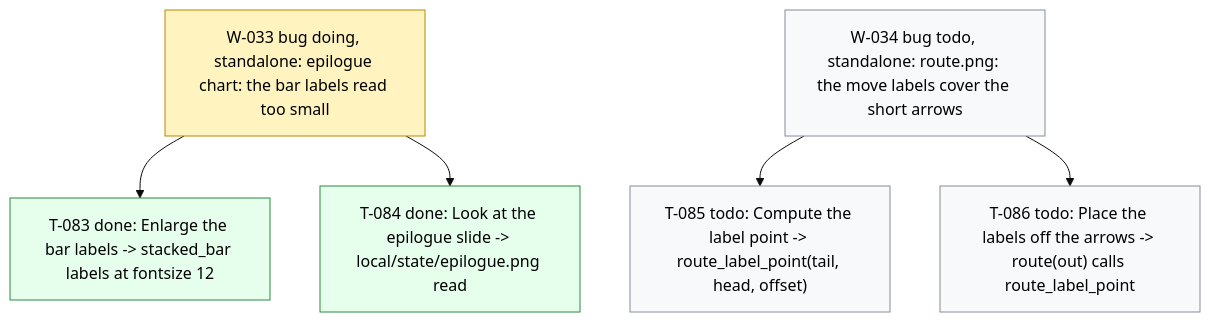
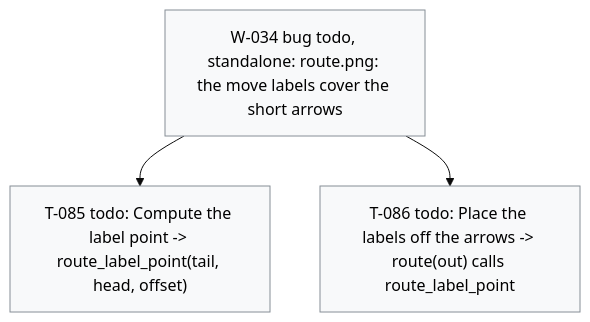
The diagram in .board/BOARD.md (dpopchev/chaos-to-simple), drawn with Mermaid (base theme) before and after one commit. The commit also changed other lines of this file and 3 other files, not shown here.

````diff
--- a/.board/BOARD.md
+++ b/.board/BOARD.md
@@ -221,17 +227,12 @@
 ```mermaid
 flowchart TD
-  W033["W-033 bug doing, standalone: epilogue chart: the bar labels read too small"]
-  W033 --> T083["T-083 done: Enlarge the bar labels -> stacked_bar labels at fontsize 12"]
-  W033 --> T084["T-084 done: Look at the epilogue slide -> local/state/epilogue.png read"]
   W034["W-034 bug todo, standalone: route.png: the move labels cover the short arrows"]
   W034 --> T085["T-085 todo: Compute the label point -> route_label_point(tail, head, offset)"]
   W034 --> T086["T-086 todo: Place the labels off the arrows -> route(out) calls route_label_point"]
   classDef doing fill:#fff3bf,stroke:#b58900,color:#000;
   classDef blocked fill:#ffe3e3,stroke:#c92a2a,color:#000;
   classDef done fill:#e6ffed,stroke:#2b8a3e,color:#000;
   classDef todo fill:#f8f9fa,stroke:#868e96,color:#000;
   classDef pruned fill:#f1f3f5,stroke:#adb5bd,color:#000;
-  class W033 doing
-  class T083,T084 done
   class W034,T085,T086 todo
 ```
````
